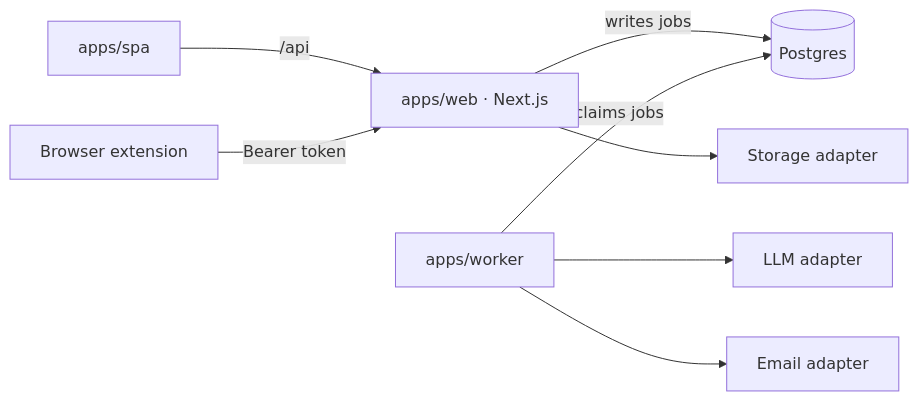
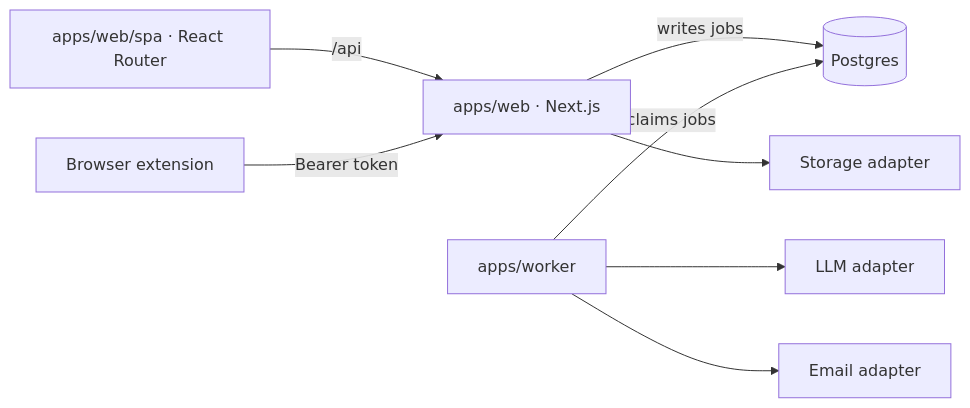
Before and after one commit to dong0085/ten-minutes-review: the diagram in README.md, drawn with Mermaid. The commit also changed other lines of this file and 215 other files, not shown here.

````diff
--- a/README.md
+++ b/README.md
@@ -30,10 +30,10 @@
 ```mermaid
 flowchart LR
-  SPA[apps/spa] -->|/api| Web[apps/web · Next.js]
+  SPA[apps/web/spa · React Router] -->|/api| Web[apps/web · Next.js]
   Ext[Browser extension] -->|Bearer token| Web
   Web -->|writes jobs| PG[(Postgres)]
   Worker[apps/worker] -->|claims jobs| PG
   Worker --> LLM[LLM adapter]
   Worker --> Mail[Email adapter]
   Web --> Store[Storage adapter]
 ```
````
